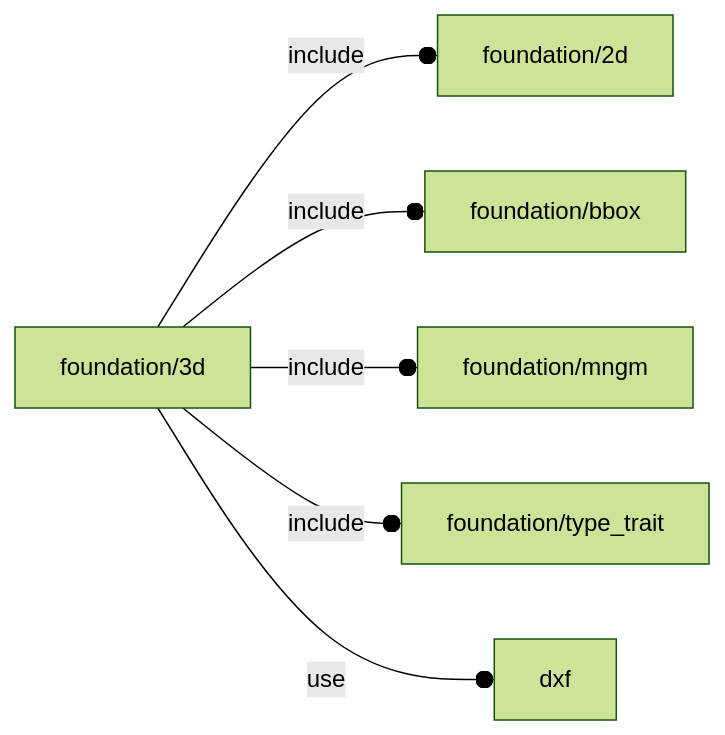
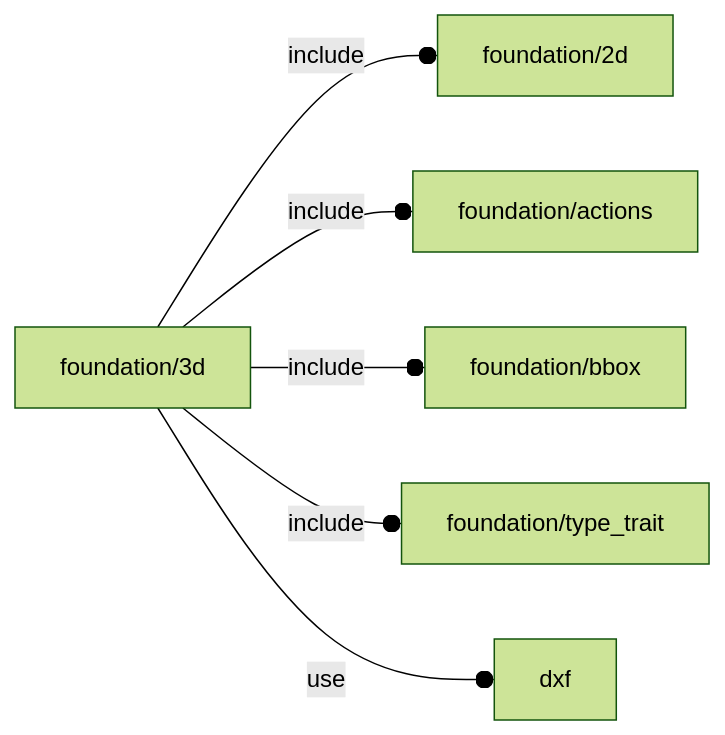
The diagram in orthodocs/foundation/3d.md (ggabbiani/OFL), drawn with Mermaid (forest theme) before and after one commit. The commit also changed other lines of this file and 74 other files, not shown here.

````diff
--- a/orthodocs/foundation/3d.md
+++ b/orthodocs/foundation/3d.md
@@ -5,8 +5,8 @@
 ```mermaid
 graph LR
     A1[foundation/3d] --o|include| A2[foundation/2d]
-    A1 --o|include| A3[foundation/bbox]
-    A1 --o|include| A4[foundation/mngm]
+    A1 --o|include| A3[foundation/actions]
+    A1 --o|include| A4[foundation/bbox]
     A1 --o|include| A5[foundation/type_trait]
     A1 --o|use| A6[dxf]
 ```
````
